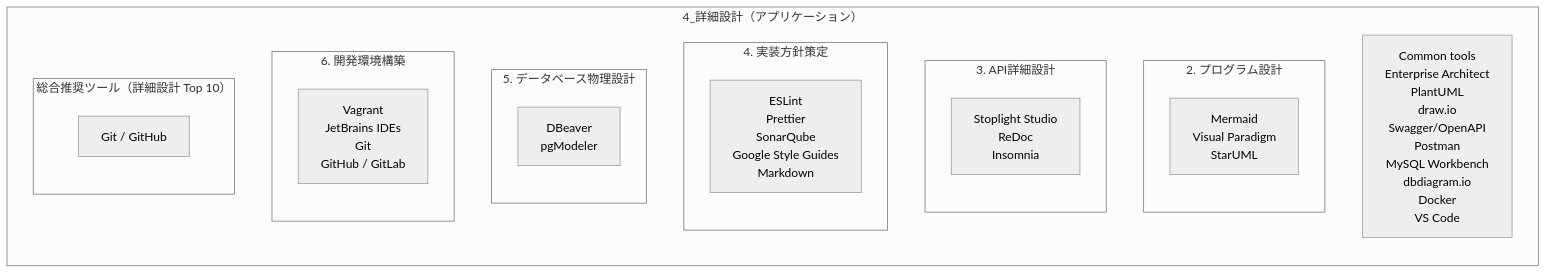
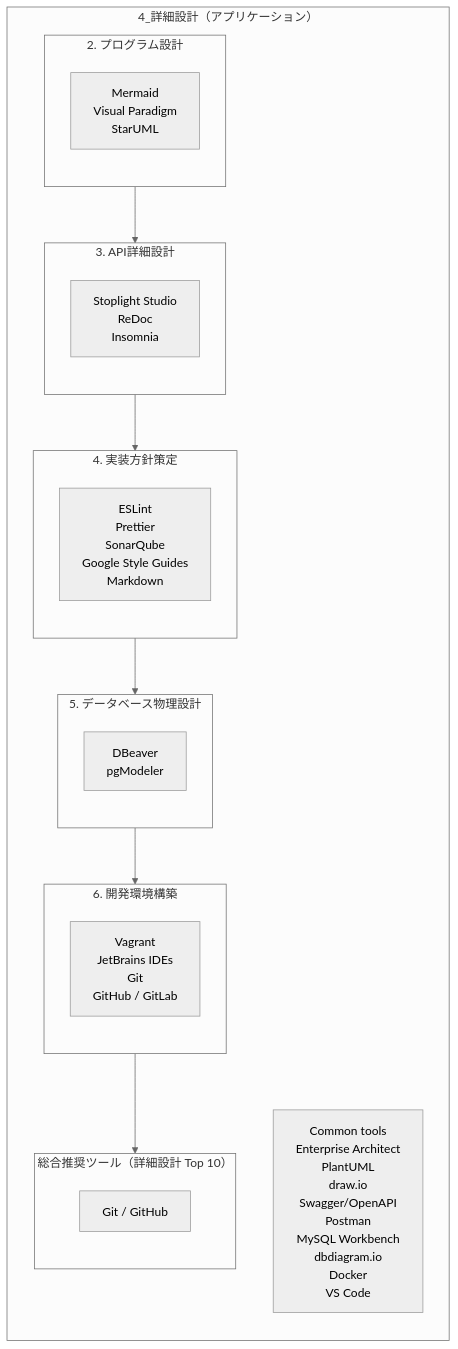
Before and after one commit to infinith4/dev-moderndev: the sixth of 13 diagrams in docs/dev_process_mermaid.md, drawn with Mermaid (neutral theme). The commit also changed other lines of this file, not shown here.

````diff
--- a/docs/dev_process_mermaid.md
+++ b/docs/dev_process_mermaid.md
@@ -132,32 +153,33 @@
 ```mermaid
 %%{init: {'flowchart': {'htmlLabels': true}}}%%
 flowchart TB
     subgraph P5[4_詳細設計（アプリケーション）]
         direction TB
         P5_common["Common tools<br/>Enterprise Architect<br/>PlantUML<br/>draw.io<br/>Swagger/OpenAPI<br/>Postman<br/>MySQL Workbench<br/>dbdiagram.io<br/>Docker<br/>VS Code"]
         subgraph P5s1[2. プログラム設計]
             direction TB
             P5s1_t["Mermaid<br/>Visual Paradigm<br/>StarUML"]
         end
         subgraph P5s2[3. API詳細設計]
             direction TB
             P5s2_t["Stoplight Studio<br/>ReDoc<br/>Insomnia"]
         end
         subgraph P5s3[4. 実装方針策定]
             direction TB
             P5s3_t["ESLint<br/>Prettier<br/>SonarQube<br/>Google Style Guides<br/>Markdown"]
         end
         subgraph P5s4[5. データベース物理設計]
             direction TB
             P5s4_t["DBeaver<br/>pgModeler"]
         end
         subgraph P5s5[6. 開発環境構築]
             direction TB
             P5s5_t["Vagrant<br/>JetBrains IDEs<br/>Git<br/>GitHub / GitLab"]
         end
         subgraph P5s6[総合推奨ツール（詳細設計 Top 10）]
             direction TB
             P5s6_t["Git / GitHub"]
         end
+        P5s1 --> P5s2 --> P5s3 --> P5s4 --> P5s5 --> P5s6
     end
 ```
````
